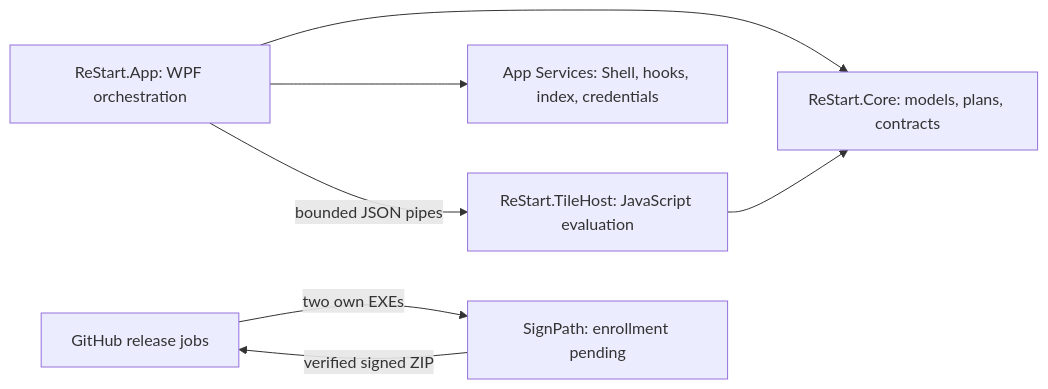
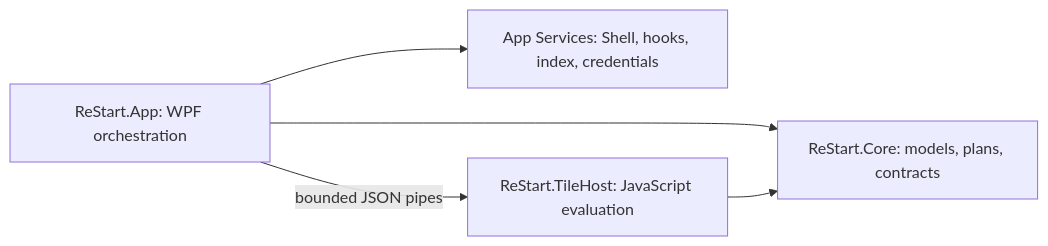
Before and after one commit to LastResolution/ReStart: the diagram in docs/architecture.md, drawn with Mermaid. The commit also changed other lines of this file and 24 other files, not shown here.

````diff
--- a/docs/architecture.md
+++ b/docs/architecture.md
@@ -19,9 +19,7 @@
 ```mermaid
 flowchart LR
     UI[ReStart.App: WPF orchestration] --> Core[ReStart.Core: models, plans, contracts]
     UI --> Windows[App Services: Shell, hooks, index, credentials]
     UI -->|bounded JSON pipes| Host[ReStart.TileHost: JavaScript evaluation]
     Host --> Core
-    Release[GitHub release jobs] -->|two own EXEs| Sign[SignPath: enrollment pending]
-    Sign -->|verified signed ZIP| Release
 ```
````
